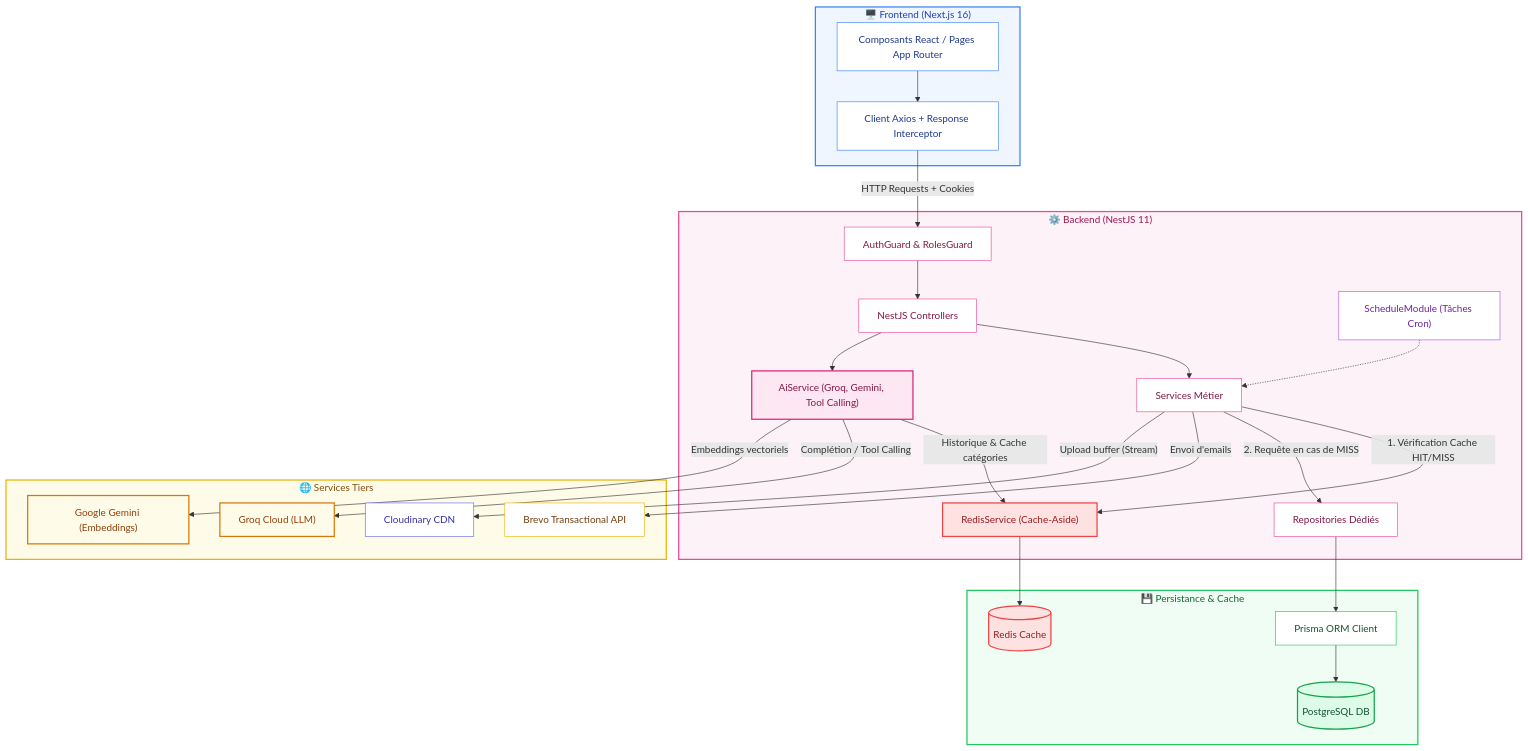
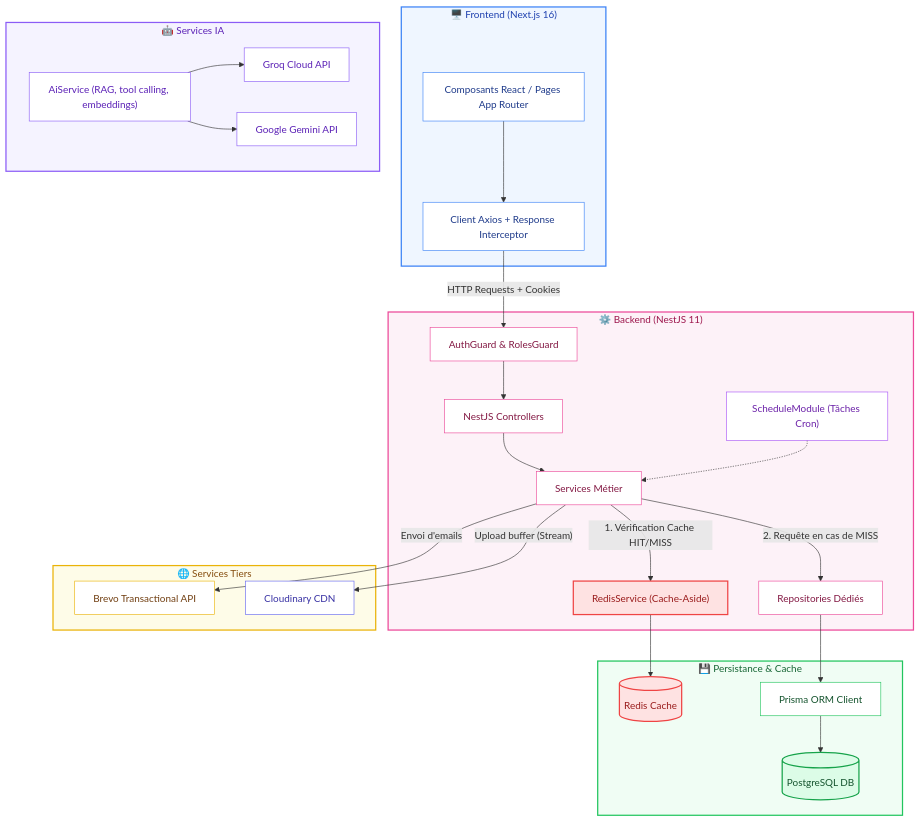
The first of 9 diagrams in README.md (rihem-akermi/freeForU), drawn with Mermaid before and after one commit. The commit also changed other lines of this file and 1 other file, not shown here.

````diff
--- a/README.md
+++ b/README.md
@@ -120,69 +126,71 @@
 ```mermaid
 flowchart TD
     subgraph Frontend["🖥️ Frontend (Next.js 16)"]
         UI["Composants React / Pages App Router"]
         AxiosClient["Client Axios + Response Interceptor"]
         UI --> AxiosClient
     end
 
     subgraph Backend["⚙️ Backend (NestJS 11)"]
         Guard["AuthGuard & RolesGuard"]
         Controller["NestJS Controllers"]
         Service["Services Métier"]
-        AiServ["AiService (Groq, Gemini, Tool Calling)"]
         RedisServ["RedisService (Cache-Aside)"]
         Repo["Repositories Dédiés"]
         CronTask["ScheduleModule (Tâches Cron)"]
 
         AxiosClient -->|"HTTP Requests + Cookies"| Guard
         Guard --> Controller
         Controller --> Service
-        Controller --> AiServ
         CronTask -.-> Service
         Service -->|"1. Vérification Cache HIT/MISS"| RedisServ
         Service -->|"2. Requête en cas de MISS"| Repo
-        AiServ -->|"Historique & Cache catégories"| RedisServ
     end
 
     subgraph Data["💾 Persistance & Cache"]
         Redis[(Redis Cache)]
         Prisma["Prisma ORM Client"]
         Postgres[(PostgreSQL DB)]
         RedisServ --> Redis
         Repo --> Prisma
         Prisma --> Postgres
     end
 
     subgraph External["🌐 Services Tiers"]
         BrevoAPI["Brevo Transactional API"]
         CloudinaryAPI["Cloudinary CDN"]
-        GroqAPI["Groq Cloud (LLM)"]
-        GeminiAPI["Google Gemini (Embeddings)"]
         Service -->|"Envoi d'emails"| BrevoAPI
         Service -->|"Upload buffer (Stream)"| CloudinaryAPI
-        AiServ -->|"Complétion / Tool Calling"| GroqAPI
-        AiServ -->|"Embeddings vectoriels"| GeminiAPI
+    end
+
+    subgraph AI["🤖 Services IA"]
+        AiService["AiService (RAG, tool calling, embeddings)"]
+        GroqAPI["Groq Cloud API"]
+        GeminiAPI["Google Gemini API"]
+        AiService --> GroqAPI
+        AiService --> GeminiAPI
     end
 
     style Frontend fill:#eff6ff,stroke:#3b82f6,stroke-width:2px,color:#1e40af
     style Backend fill:#fdf2f8,stroke:#ec4899,stroke-width:2px,color:#9d174d
     style Data fill:#f0fdf4,stroke:#22c55e,stroke-width:2px,color:#166534
     style External fill:#fefce8,stroke:#eab308,stroke-width:2px,color:#854d0e
 
     style UI fill:#ffffff,stroke:#3b82f6,color:#1e3a8a
     style AxiosClient fill:#ffffff,stroke:#3b82f6,color:#1e3a8a
     style Guard fill:#ffffff,stroke:#ec4899,color:#831843
     style Controller fill:#ffffff,stroke:#ec4899,color:#831843
     style Service fill:#ffffff,stroke:#ec4899,color:#831843
-    style AiServ fill:#fce7f3,stroke:#db2777,stroke-width:2px,color:#831843
     style RedisServ fill:#fee2e2,stroke:#ef4444,stroke-width:2px,color:#991b1b
     style Repo fill:#ffffff,stroke:#ec4899,color:#831843
     style CronTask fill:#ffffff,stroke:#a855f7,color:#6b21a8
     style Redis fill:#fee2e2,stroke:#ef4444,stroke-width:2px,color:#991b1b
     style Prisma fill:#ffffff,stroke:#22c55e,color:#14532d
     style Postgres fill:#dcfce7,stroke:#16a34a,stroke-width:2px,color:#14532d
     style BrevoAPI fill:#ffffff,stroke:#eab308,color:#713f12
     style CloudinaryAPI fill:#ffffff,stroke:#6366f1,color:#3730a3
-    style GroqAPI fill:#fefce8,stroke:#d97706,stroke-width:2px,color:#92400e
-    style GeminiAPI fill:#fefce8,stroke:#d97706,stroke-width:2px,color:#92400e
+    style AI fill:#f5f3ff,stroke:#8b5cf6,stroke-width:2px,color:#5b21b6
+    style AiService fill:#ffffff,stroke:#8b5cf6,color:#5b21b6
+    style GroqAPI fill:#ffffff,stroke:#8b5cf6,color:#5b21b6
+    style GeminiAPI fill:#ffffff,stroke:#8b5cf6,color:#5b21b6
 ```
````
